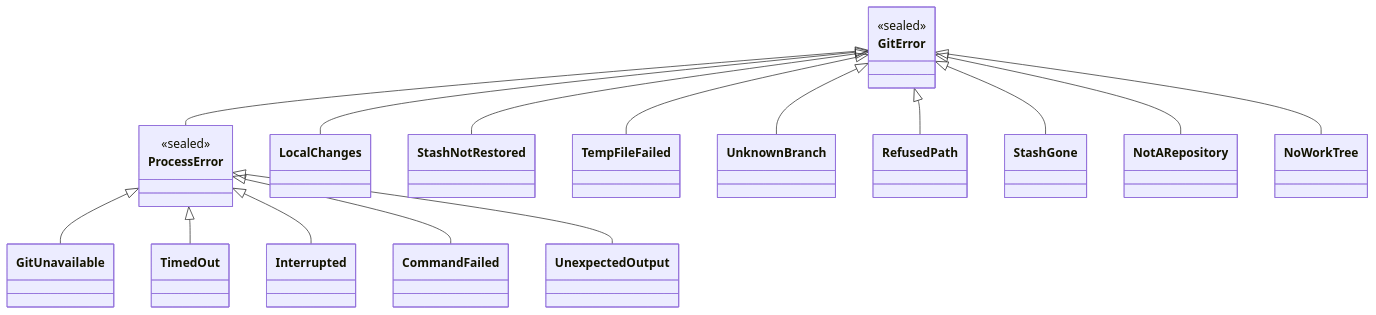
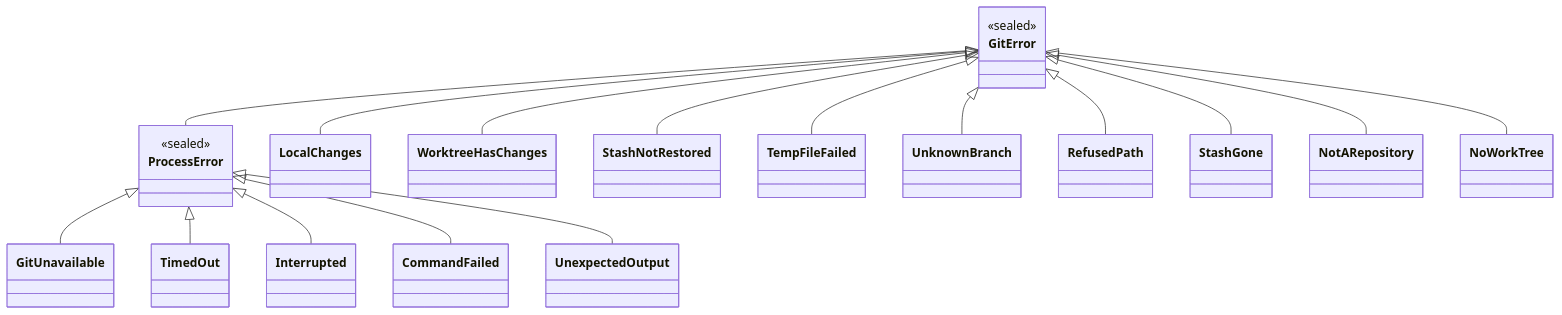
Before and after one commit to cvanfleteren/jazygit: the fifth of 7 diagrams in ARCHITECTURE.md, drawn with Mermaid. The commit also changed other lines of this file and 115 other files, not shown here.

````diff
--- a/ARCHITECTURE.md
+++ b/ARCHITECTURE.md
@@ -439,26 +461,27 @@
 ```mermaid
 classDiagram
     direction BT
     class GitError {
         <<sealed>>
     }
     class ProcessError {
         <<sealed>>
     }
 
     ProcessError --|> GitError
 
     GitUnavailable --|> ProcessError
     TimedOut --|> ProcessError
     Interrupted --|> ProcessError
     CommandFailed --|> ProcessError
     UnexpectedOutput --|> ProcessError
     LocalChanges --|> GitError
+    WorktreeHasChanges --|> GitError
     StashNotRestored --|> GitError
     TempFileFailed --|> GitError
     UnknownBranch --|> GitError
     RefusedPath --|> GitError
     StashGone --|> GitError
     NotARepository --|> GitError
     NoWorkTree --|> GitError
 ```
````
